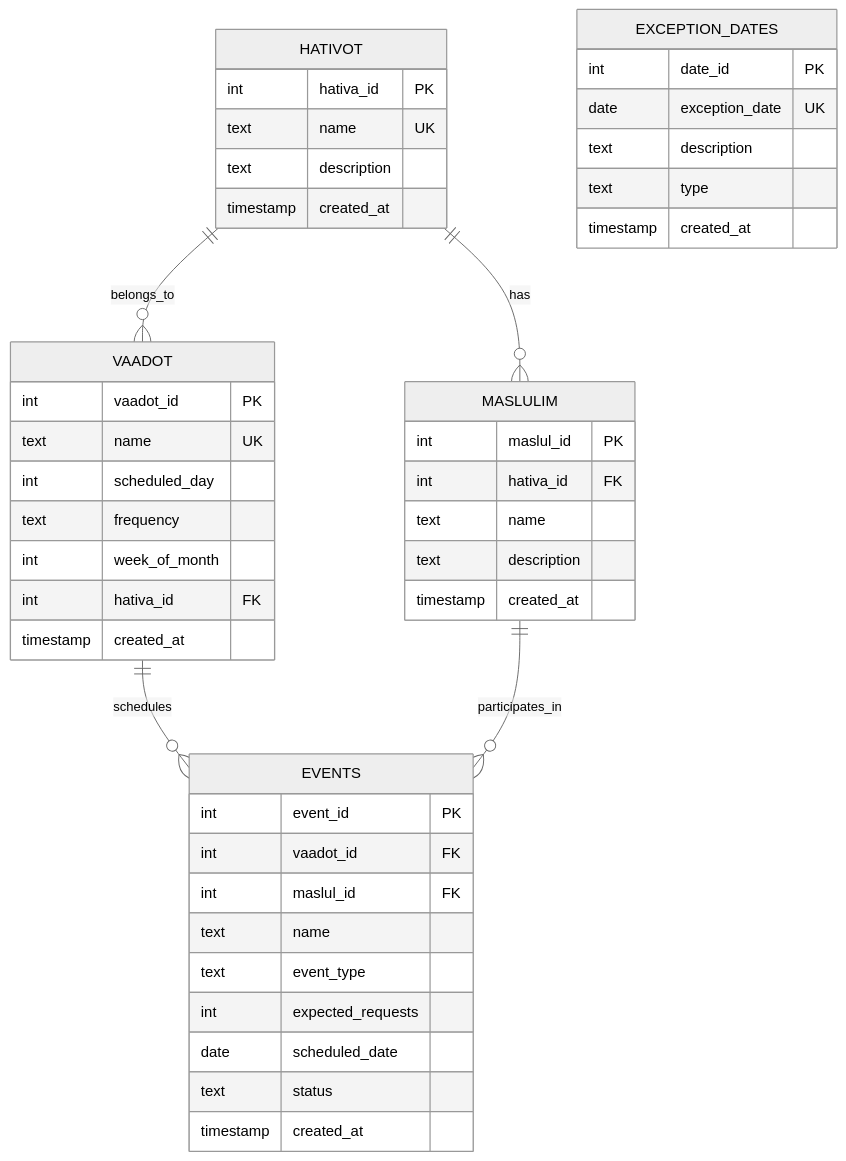
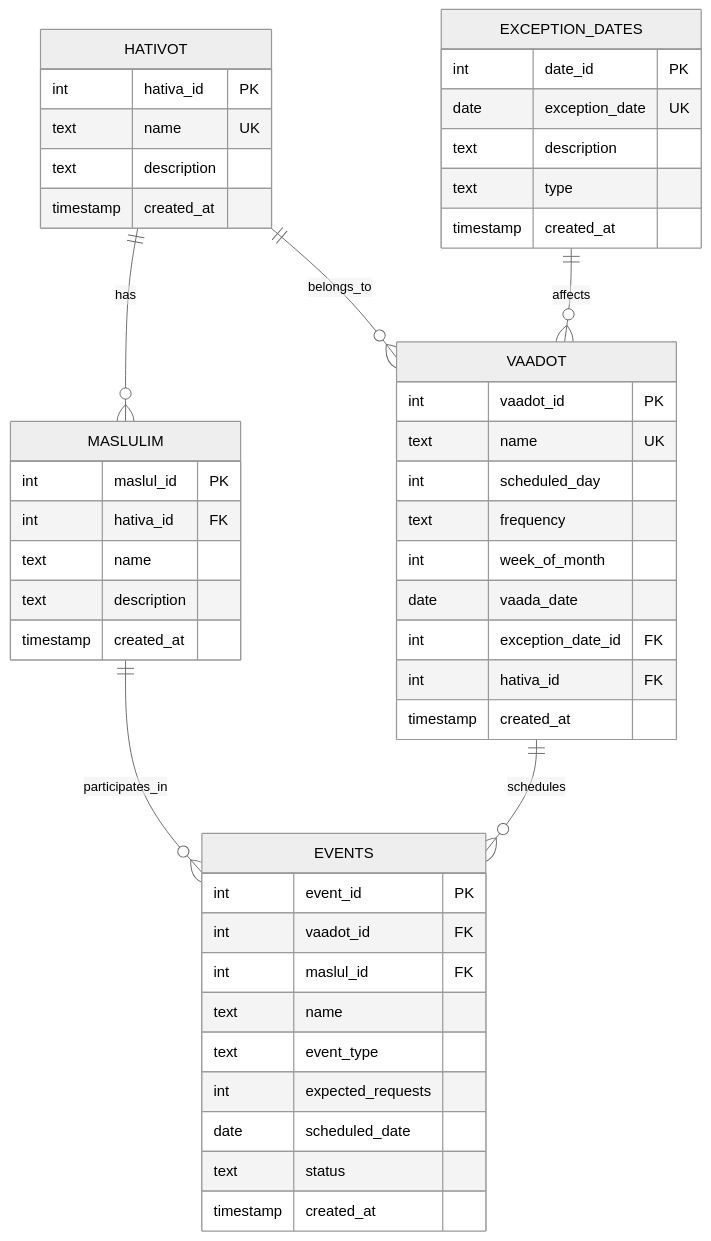
Before and after one commit to taldata/izun: the diagram in ERD.md, drawn with Mermaid (neutral theme). The commit also changed other lines of this file and 1 other file, not shown here.

Commit message:
feat: add vaada_date and exception tracking to committees table and queries

````diff
--- a/ERD.md
+++ b/ERD.md
@@ -7,53 +7,56 @@
 ```mermaid
 erDiagram
     HATIVOT {
         int hativa_id PK
         text name UK
         text description
         timestamp created_at
     }
     
     MASLULIM {
         int maslul_id PK
         int hativa_id FK
         text name
         text description
         timestamp created_at
     }
     
     VAADOT {
         int vaadot_id PK
         text name UK
         int scheduled_day
         text frequency
         int week_of_month
+        date vaada_date
+        int exception_date_id FK
         int hativa_id FK
         timestamp created_at
     }
     
     EVENTS {
         int event_id PK
         int vaadot_id FK
         int maslul_id FK
         text name
         text event_type
         int expected_requests
         date scheduled_date
         text status
         timestamp created_at
     }
     
     EXCEPTION_DATES {
         int date_id PK
         date exception_date UK
         text description
         text type
         timestamp created_at
     }
 
     %% Relationships
     HATIVOT ||--o{ MASLULIM : "has"
     HATIVOT ||--o{ VAADOT : "belongs_to"
     VAADOT ||--o{ EVENTS : "schedules"
     MASLULIM ||--o{ EVENTS : "participates_in"
+    EXCEPTION_DATES ||--o{ VAADOT : "affects"
 ```
````
